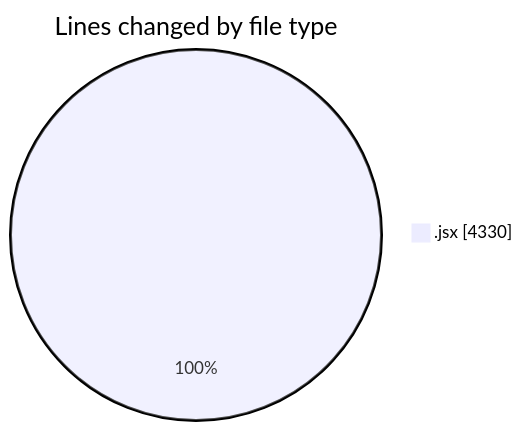
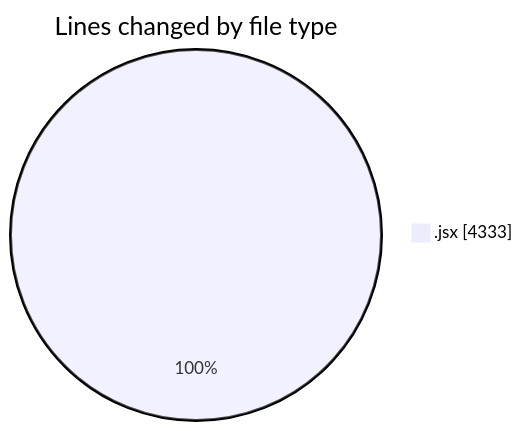
Before and after one commit to nxtqubesakshisongat/code-tracking: the first of 2 diagrams in 2025-06-02/nxtqube_webapp/README.md, drawn with Mermaid. The commit also changed other lines of this file and 1 other file, not shown here.

````diff
--- a/2025-06-02/nxtqube_webapp/README.md
+++ b/2025-06-02/nxtqube_webapp/README.md
@@ -21,5 +21,5 @@
 ```mermaid
 pie showData
 title Lines changed by file type
-".jsx" : 4330
+".jsx" : 4333
 ```
````
